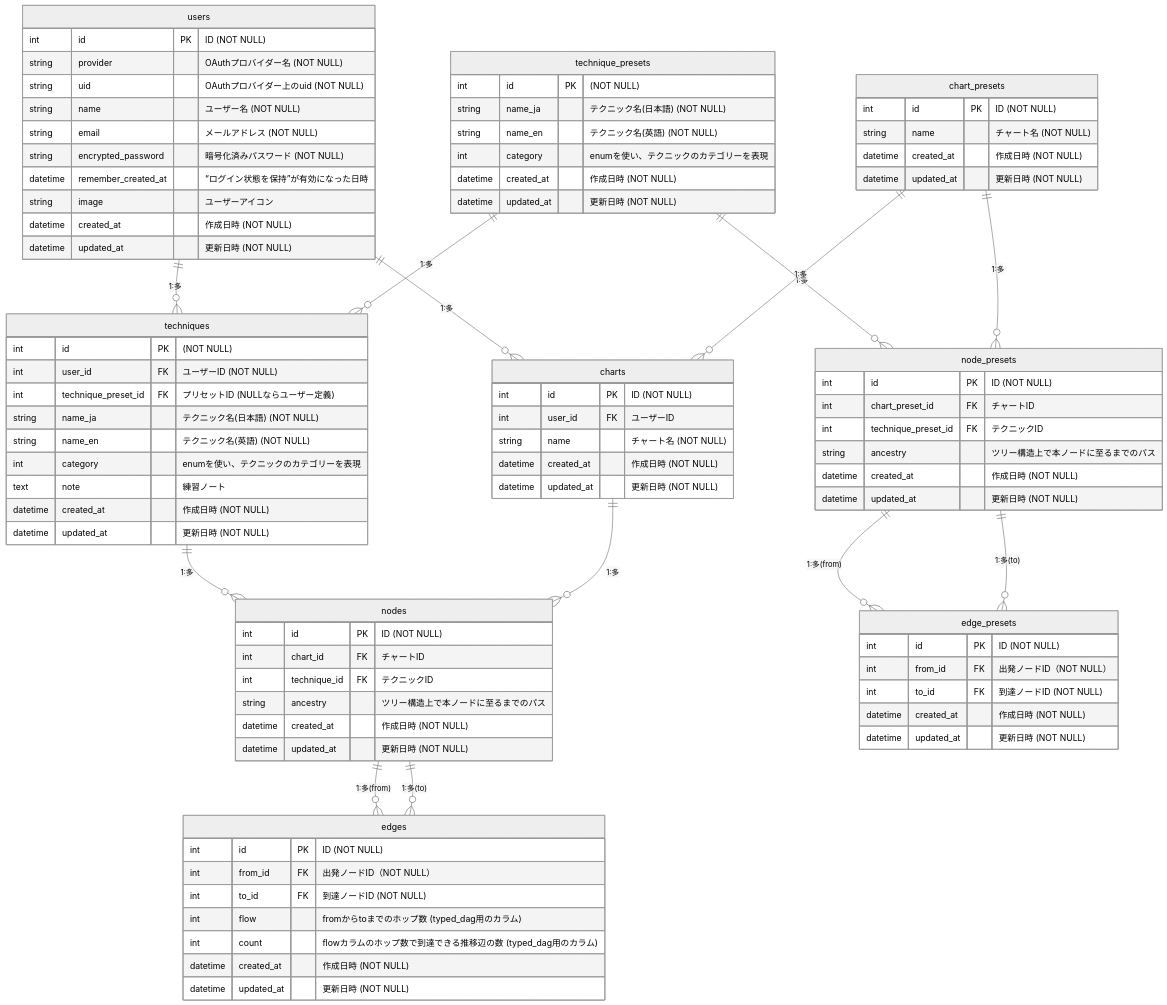
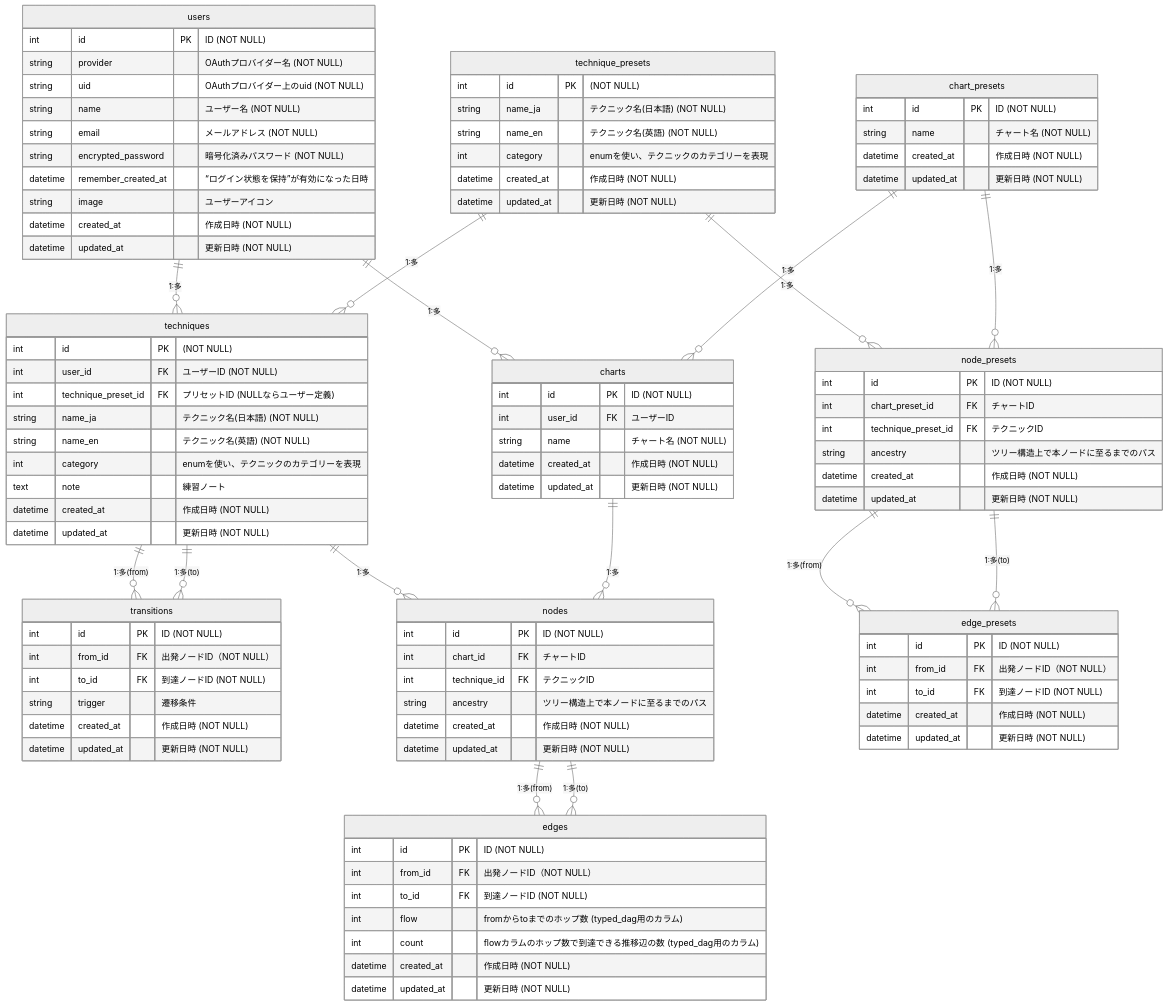
One commit to m-deura/bjj_flow_tracker changed the diagram in README.md. Above: the diagram before and after it, drawn with Mermaid (neutral theme). The commit also changed other lines of this file, not shown here.

```diff
--- a/README.md
+++ b/README.md
@@ -111,6 +123,15 @@
     string name_ja "テクニック名(日本語) (NOT NULL)"
     string name_en "テクニック名(英語) (NOT NULL)"
     int category "enumを使い、テクニックのカテゴリーを表現"
+    datetime created_at "作成日時 (NOT NULL)"
+    datetime updated_at "更新日時 (NOT NULL)"
+  }
+
+  transitions {
+    int id PK "ID (NOT NULL)"
+    int from_id FK "出発ノードID（NOT NULL）"
+    int to_id FK "到達ノードID (NOT NULL)"
+    string trigger "遷移条件"
     datetime created_at "作成日時 (NOT NULL)"
     datetime updated_at "更新日時 (NOT NULL)"
   }
@@ -170,6 +191,8 @@
   users ||--o{ charts : "1:多"
 
   techniques ||--o{ nodes : "1:多"
+  techniques ||--o{ transitions : "1:多(from)"
+  techniques ||--o{ transitions : "1:多(to)"
 
   technique_presets ||--o{ techniques : "1:多"
   technique_presets ||--o{ node_presets : "1:多"
```
